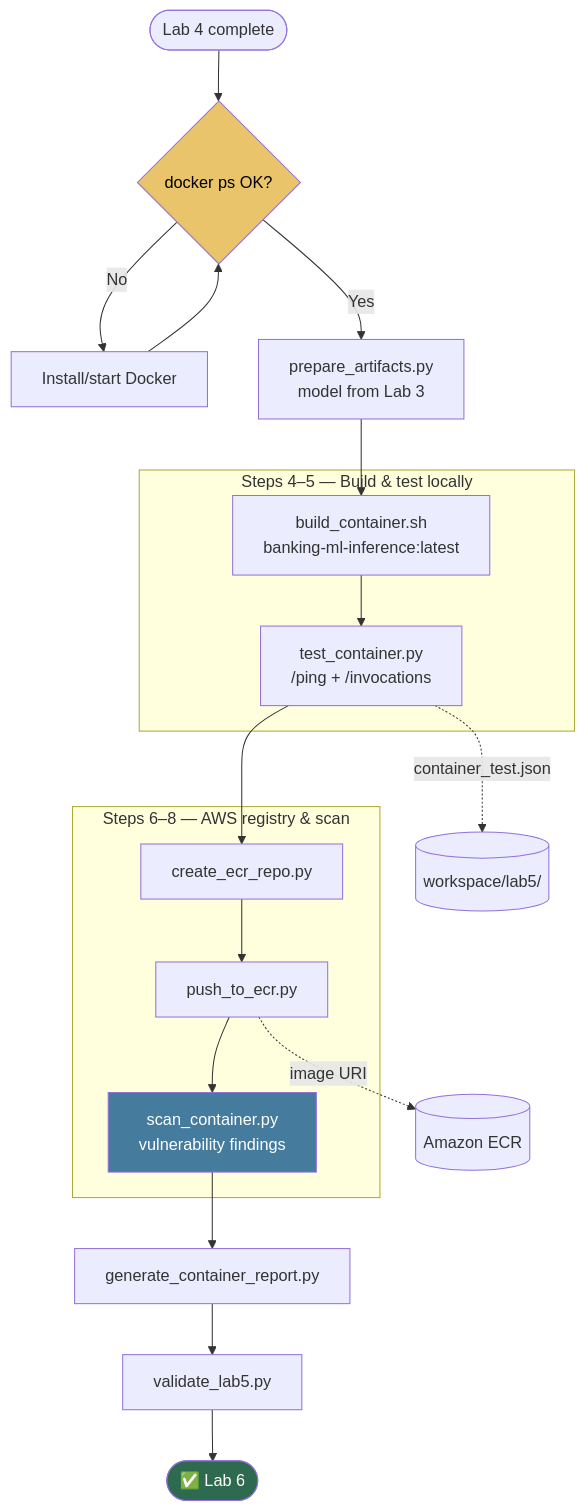
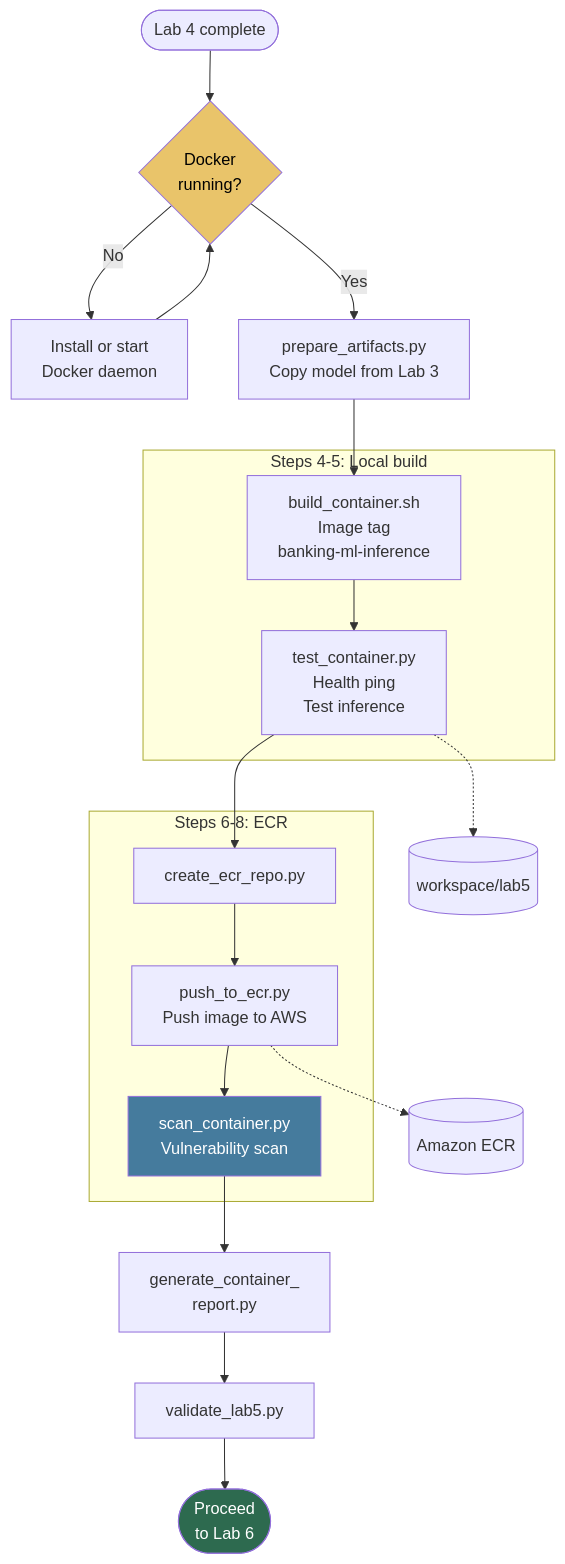
One commit to Innovation-In-Software/ai-infra-mlops changed the diagram in lab5/README.md. Above: the diagram before and after it, drawn with Mermaid. The commit also changed 10 other files, not shown here.

Commit message:
Fix lab flowcharts: multiline quoted labels to prevent text truncation.

````diff
--- a/lab5/README.md
+++ b/lab5/README.md
@@ -42,33 +42,33 @@
 ```mermaid
 flowchart TB
-    START([Lab 4 complete]) --> DOCK{docker ps OK?}
-    DOCK -->|No| FIX[Install/start Docker]
+    START(["Lab 4 complete"]) --> DOCK{"Docker<br/>running?"}
+    DOCK -->|No| FIX["Install or start<br/>Docker daemon"]
     FIX --> DOCK
-    DOCK -->|Yes| PREP[prepare_artifacts.py<br/>model from Lab 3]
+    DOCK -->|Yes| PREP["prepare_artifacts.py<br/>Copy model from Lab 3"]
 
-    subgraph Build["Steps 4–5 — Build & test locally"]
-        BLD[build_container.sh<br/>banking-ml-inference:latest]
-        TST[test_container.py<br/>/ping + /invocations]
+    subgraph Build["Steps 4-5: Local build"]
+        BLD["build_container.sh<br/>Image tag<br/>banking-ml-inference"]
+        TST["test_container.py<br/>Health ping<br/>Test inference"]
         BLD --> TST
     end
 
-    subgraph ECR["Steps 6–8 — AWS registry & scan"]
-        CRE[create_ecr_repo.py]
-        PUSH[push_to_ecr.py]
-        SCAN[scan_container.py<br/>vulnerability findings]
+    subgraph ECR["Steps 6-8: ECR"]
+        CRE["create_ecr_repo.py"]
+        PUSH["push_to_ecr.py<br/>Push image to AWS"]
+        SCAN["scan_container.py<br/>Vulnerability scan"]
         CRE --> PUSH --> SCAN
     end
 
-    REP[generate_container_report.py] --> VAL[validate_lab5.py] --> OK([✅ Lab 6])
+    REP["generate_container_<br/>report.py"] --> VAL["validate_lab5.py"] --> OK(["Proceed<br/>to Lab 6"])
 
     PREP --> BLD
     TST --> CRE
     SCAN --> REP
 
-    PUSH -.->|image URI| AWS[(Amazon ECR)]
-    TST -.->|container_test.json| WS[(workspace/lab5/)]
+    PUSH -.-> AWS[("Amazon ECR")]
+    TST -.-> WS[("workspace/lab5")]
 
     style OK fill:#2d6a4f,color:#fff
     style DOCK fill:#e9c46a,color:#000
     style SCAN fill:#457b9d,color:#fff
 ```
````
